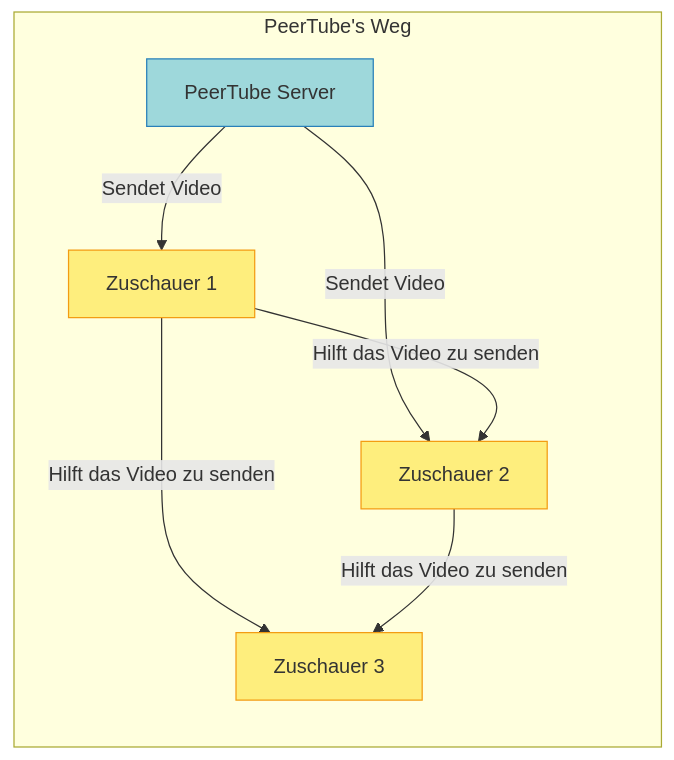
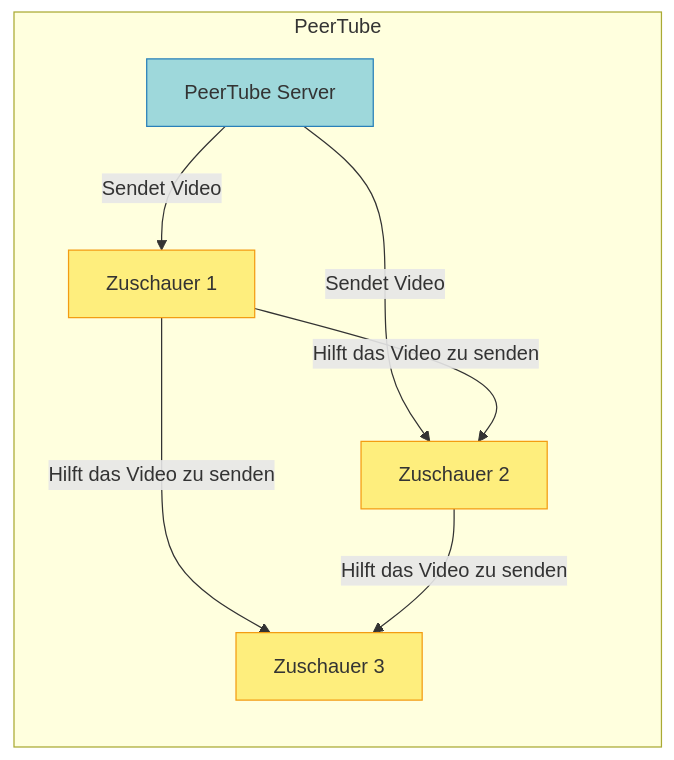
Before and after one commit to Y0ngg4n/peertube-presentation: the third of 5 diagrams in slides.md, drawn with Mermaid. The commit also changed other lines of this file, not shown here.

````diff
--- a/slides.md
+++ b/slides.md
@@ -87,14 +95,14 @@
 ```mermaid
 flowchart LR
-    subgraph "PeerTube's Weg"
+    subgraph "PeerTube"
         PS[PeerTube Server] -->|Sendet Video| PV1[Zuschauer 1]
         PS -->|Sendet Video| PV2[Zuschauer 2]
         PV1 -->|Hilft das Video zu senden| PV2
         PV1 -->|Hilft das Video zu senden| PV3[Zuschauer 3]
         PV2 -->|Hilft das Video zu senden| PV3
     end
     style PS fill:#9ED8DB,stroke:#2980B9,color:#333333
     style PV1 fill:#FEEE7D,stroke:#F39C12,color:#333333
     style PV2 fill:#FEEE7D,stroke:#F39C12,color:#333333
     style PV3 fill:#FEEE7D,stroke:#F39C12,color:#333333
 ```
````
